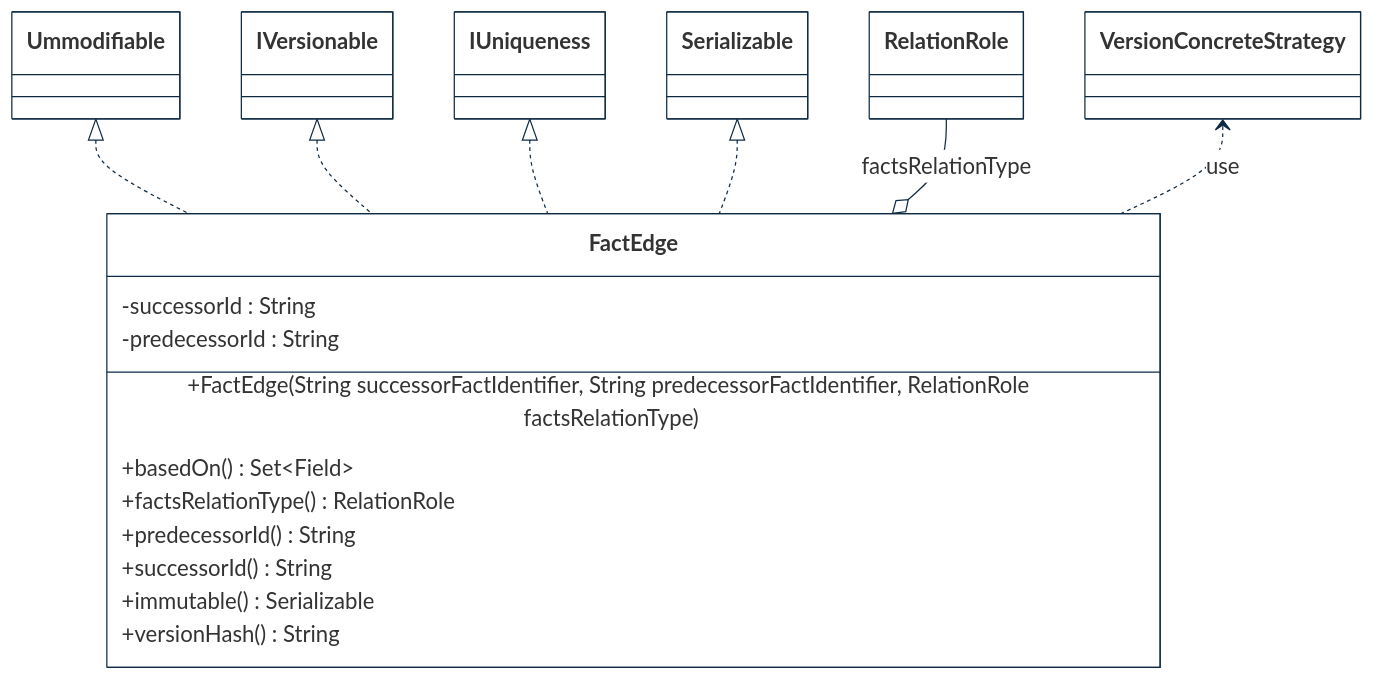
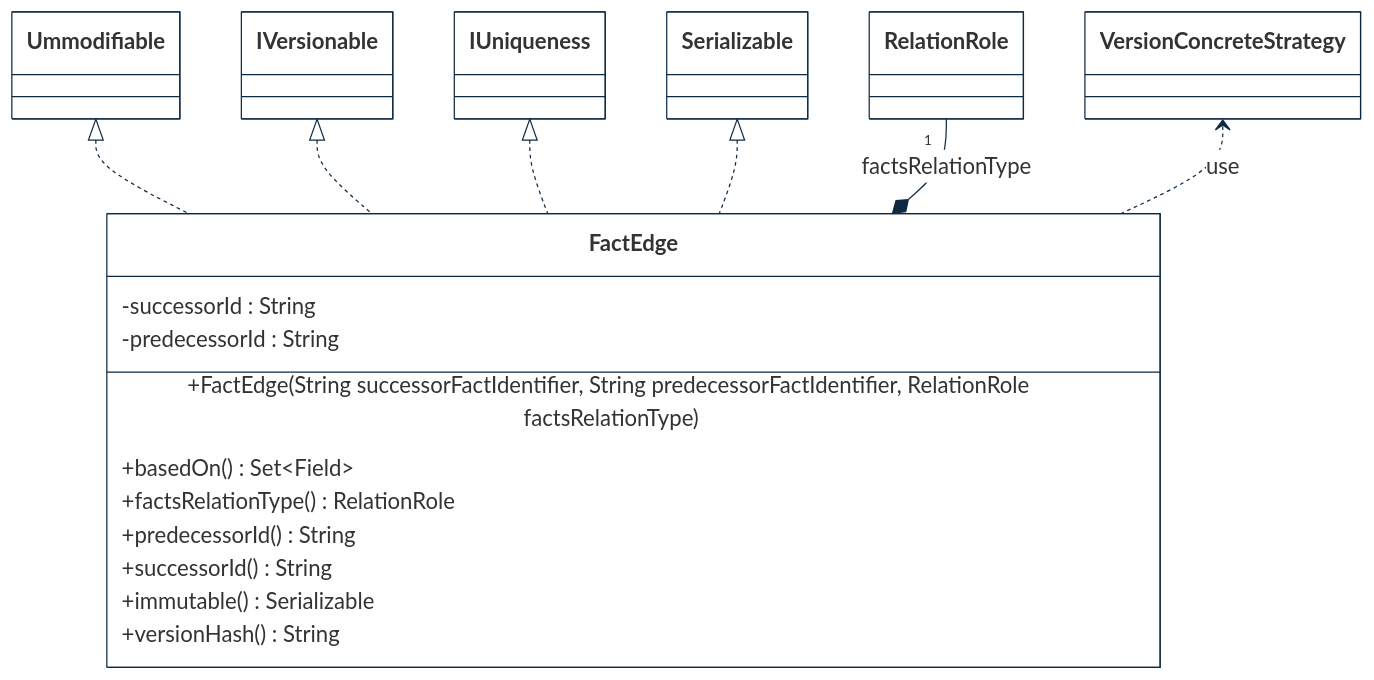
One commit to cybnity/foundation changed the first of 3 diagrams in implementations-line/framework/immutable/designview-packages.md. Above: the diagram before and after it, drawn with Mermaid.

````diff
--- a/implementations-line/framework/immutable/designview-packages.md
+++ b/implementations-line/framework/immutable/designview-packages.md
@@ -15,40 +15,40 @@
 ```mermaid
 %%{
   init: {
     'theme': 'base',
     'themeVariables': {
         'background': '#ffffff',
         'fontFamily': 'arial',
         'fontSize': '18px',
         'primaryColor': '#fff',
         'primaryBorderColor': '#0e2a43',
         'secondaryBorderColor': '#0e2a43',
         'tertiaryBorderColor': '#0e2a43',
         'edgeLabelBackground':'#0e2a43',
         'lineColor': '#0e2a43',
         'tertiaryColor': '#fff'
     }
   }
 }%%
 classDiagram
     Ummodifiable <|.. FactEdge
     IVersionable <|.. FactEdge
     IUniqueness <|.. FactEdge
     Serializable <|.. FactEdge
-    RelationRole --o FactEdge : factsRelationType
+    RelationRole "1" --* FactEdge : factsRelationType
     VersionConcreteStrategy <.. FactEdge : use
     class RelationRole {
     }
     class FactEdge {
         -successorId : String
         -predecessorId : String
         +FactEdge(String successorFactIdentifier, String predecessorFactIdentifier, RelationRole factsRelationType)
         +basedOn() Set~Field~
         +factsRelationType() RelationRole
         +predecessorId() String
         +successorId() String
         +immutable() Serializable
         +versionHash() String
     }
 
 ```
````
